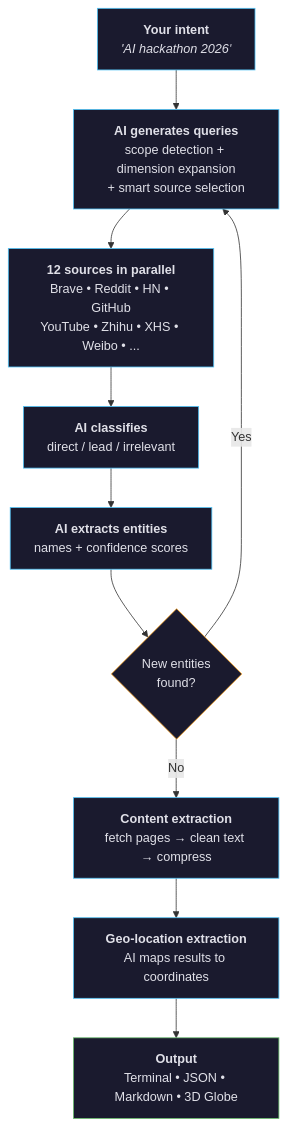
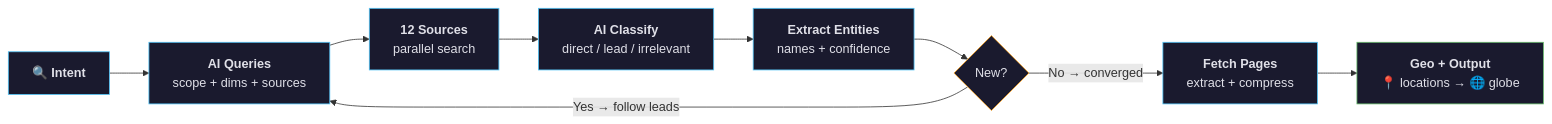
Before and after one commit to Leooo-Huang/MoleMiner: the first of 2 diagrams in README.md, drawn with Mermaid.

Commit message:
docs: compact pipeline diagram to horizontal LR layout
Same logic flow, half the vertical height. graph TD → graph LR.
Merged geo-location + output into one terminal node.

````diff
--- a/README.md
+++ b/README.md
@@ -59,22 +59,20 @@
 ```mermaid
-graph TD
-    A["<b>Your intent</b><br/><i>'AI hackathon 2026'</i>"] --> B["<b>AI generates queries</b><br/>scope detection + dimension expansion<br/>+ smart source selection"]
-    B --> C["<b>12 sources in parallel</b><br/>Brave &bull; Reddit &bull; HN &bull; GitHub<br/>YouTube &bull; Zhihu &bull; XHS &bull; Weibo &bull; ..."]
-    C --> D["<b>AI classifies</b><br/>direct / lead / irrelevant"]
-    D --> E["<b>AI extracts entities</b><br/>names + confidence scores"]
-    E --> F{"New entities<br/>found?"}
-    F -->|"Yes"| B
-    F -->|"No"| G["<b>Content extraction</b><br/>fetch pages &rarr; clean text &rarr; compress"]
-    G --> H["<b>Geo-location extraction</b><br/>AI maps results to coordinates"]
-    H --> I["<b>Output</b><br/>Terminal &bull; JSON &bull; Markdown &bull; 3D Globe"]
+graph LR
+    A["🔍 <b>Intent</b>"] --> B["<b>AI Queries</b><br/>scope + dims + sources"]
+    B --> C["<b>12 Sources</b><br/>parallel search"]
+    C --> D["<b>AI Classify</b><br/>direct / lead / irrelevant"]
+    D --> E["<b>Extract Entities</b><br/>names + confidence"]
+    E --> F{"New?"}
+    F -- "Yes → follow leads" --> B
+    F -- "No → converged" --> G["<b>Fetch Pages</b><br/>extract + compress"]
+    G --> H["<b>Geo + Output</b><br/>📍 locations → 🌐 globe"]
 
     style A fill:#1a1a2e,stroke:#4fc3f7,color:#e0e0e8
     style B fill:#1a1a2e,stroke:#4fc3f7,color:#e0e0e8
     style C fill:#1a1a2e,stroke:#4fc3f7,color:#e0e0e8
     style D fill:#1a1a2e,stroke:#4fc3f7,color:#e0e0e8
     style E fill:#1a1a2e,stroke:#4fc3f7,color:#e0e0e8
     style F fill:#1a1a2e,stroke:#ffa726,color:#e0e0e8
     style G fill:#1a1a2e,stroke:#4fc3f7,color:#e0e0e8
-    style H fill:#1a1a2e,stroke:#4fc3f7,color:#e0e0e8
-    style I fill:#1a1a2e,stroke:#66bb6a,color:#e0e0e8
+    style H fill:#1a1a2e,stroke:#66bb6a,color:#e0e0e8
 ```
````
